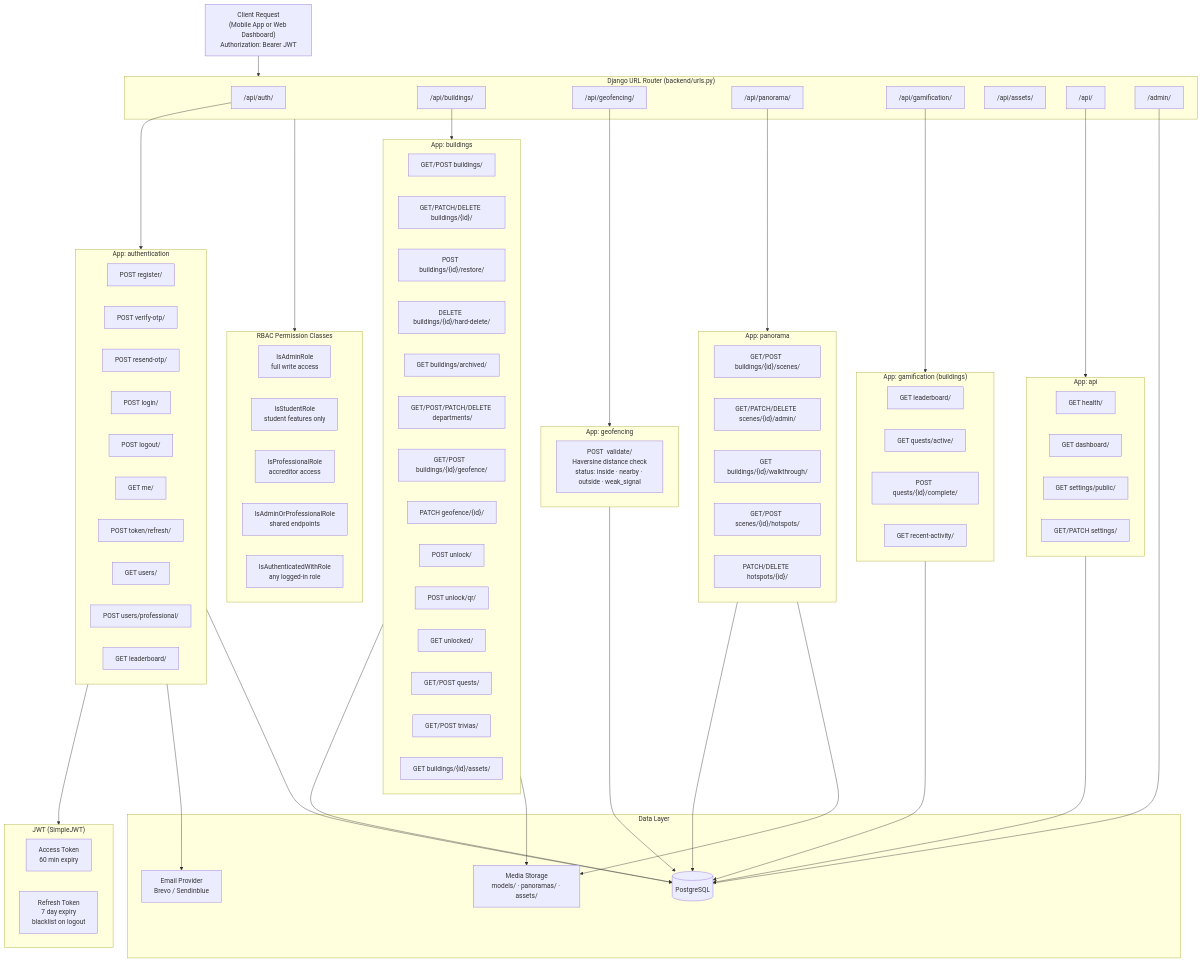
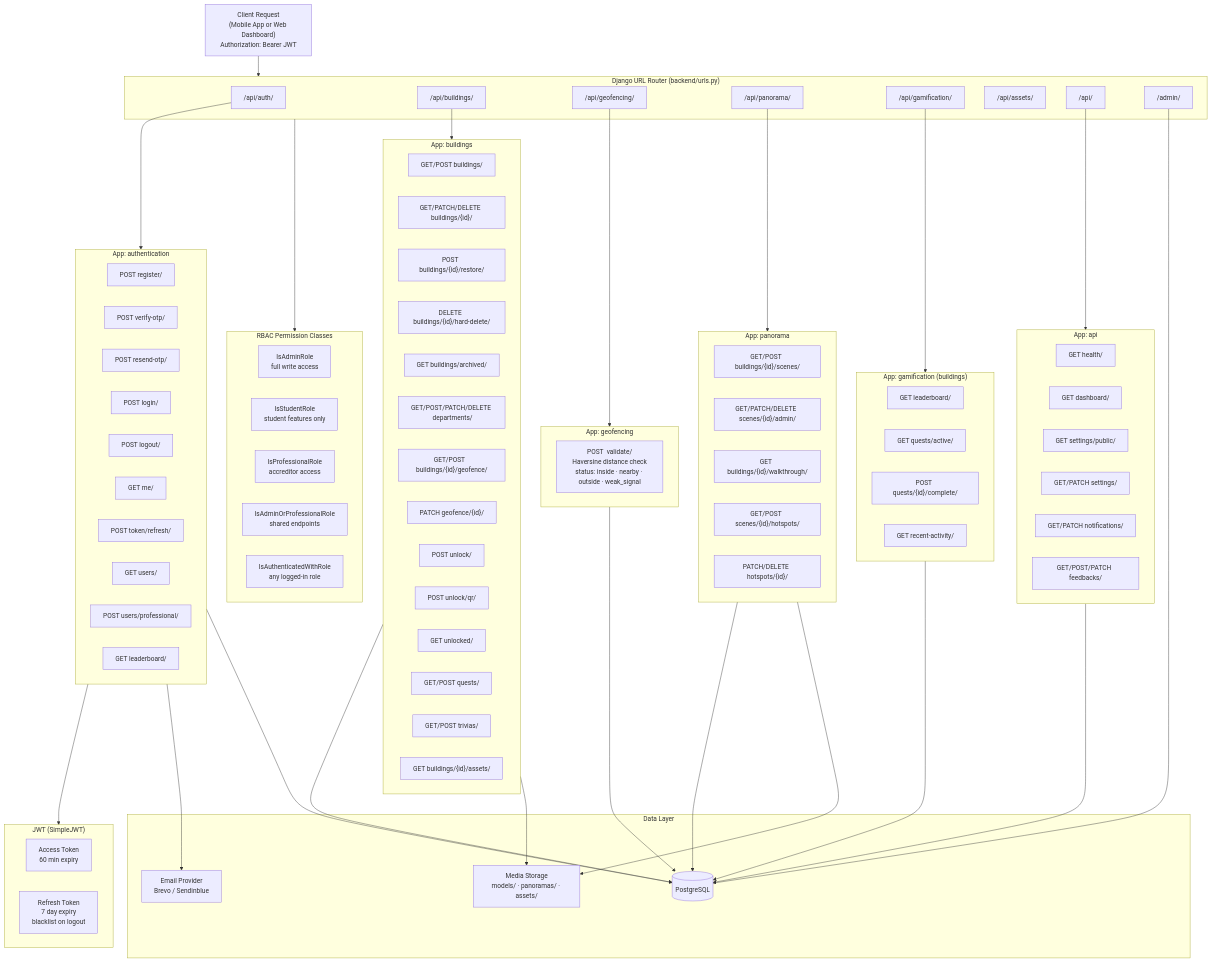
The third of 5 diagrams in system-architecture.md (Cipher-Syntax/ARQuest), drawn with Mermaid before and after one commit. The commit also changed other lines of this file and 7 other files, not shown here.

Commit message:
docs: Update architectural diagrams for Notifications and History & Logs

```diff
--- a/system-architecture.md
+++ b/system-architecture.md
@@ -206,6 +207,8 @@
         EP_DASH["GET    dashboard/"]
         EP_PUB_SET["GET   settings/public/"]
         EP_SETTINGS["GET/PATCH  settings/"]
+        EP_NOTIF["GET/PATCH  notifications/"]
+        EP_FDBK["GET/POST/PATCH  feedbacks/"]
     end
 
     subgraph RBAC ["RBAC Permission Classes"]
```
